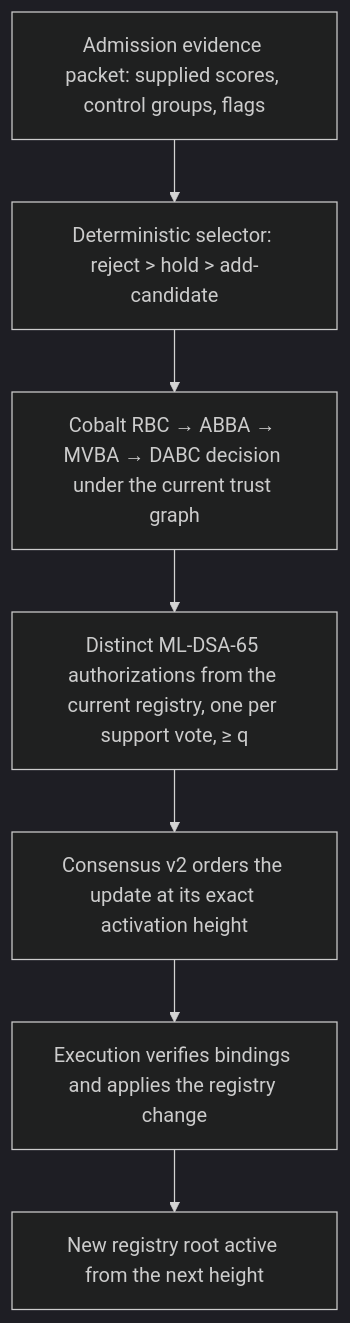
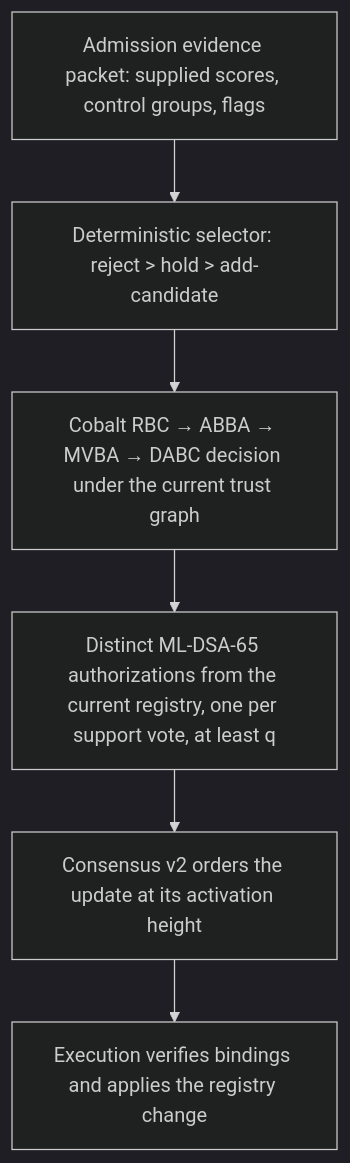
Before and after one commit to postfiatorg/postfiatl1v2: the diagram in docs/whitepaper.md, drawn with Mermaid (dark theme). The commit also changed other lines of this file and 4 other files, not shown here.

````diff
--- a/docs/whitepaper.md
+++ b/docs/whitepaper.md
@@ -280,9 +186,8 @@
 ```mermaid
 flowchart TD
     A[Admission evidence packet: supplied scores, control groups, flags] --> B[Deterministic selector: reject > hold > add-candidate]
     B --> C[Cobalt RBC → ABBA → MVBA → DABC decision under the current trust graph]
-    C --> D[Distinct ML-DSA-65 authorizations from the current registry, one per support vote, ≥ q]
-    D --> E[Consensus v2 orders the update at its exact activation height]
+    C --> D[Distinct ML-DSA-65 authorizations from the current registry, one per support vote, at least q]
+    D --> E[Consensus v2 orders the update at its activation height]
     E --> F[Execution verifies bindings and applies the registry change]
-    F --> G[New registry root active from the next height]
 ```
````
